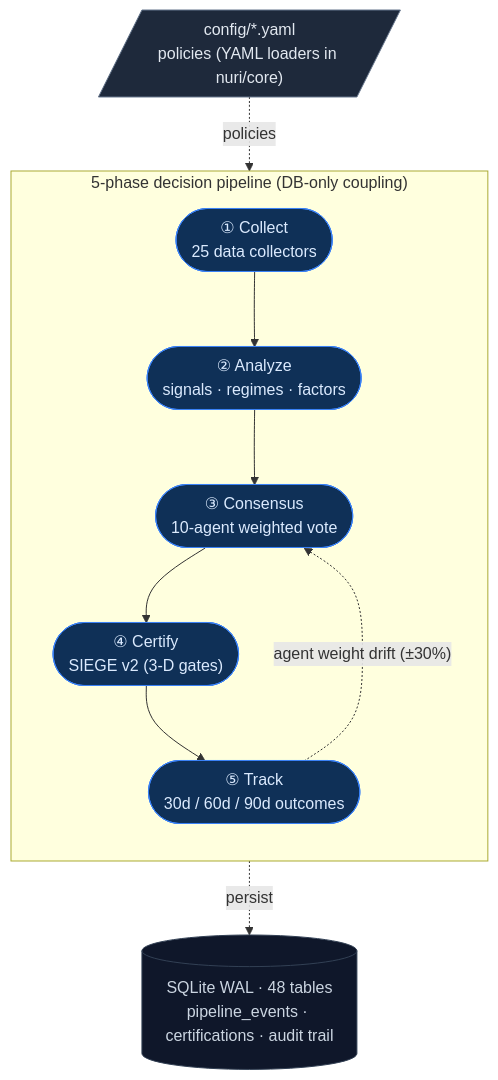
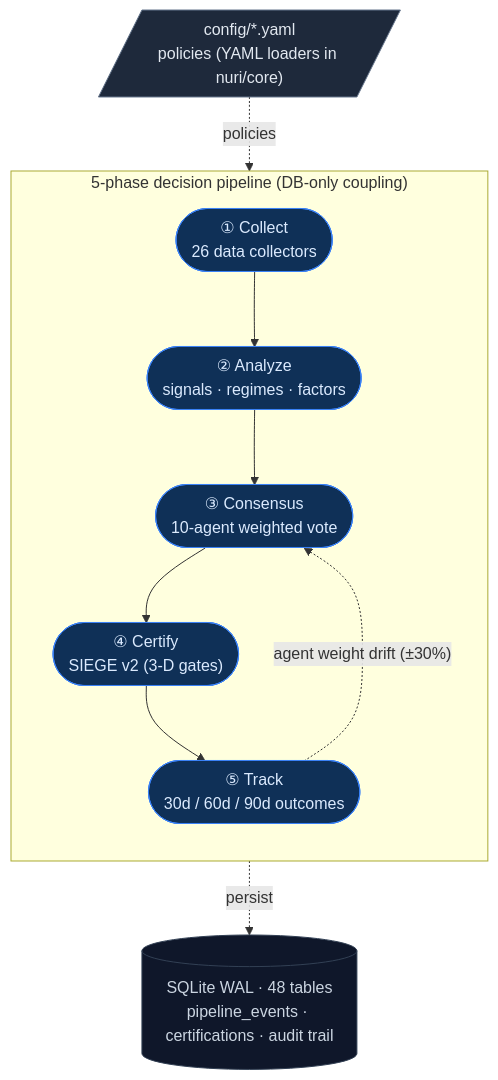
One commit to researcherhojin/nuri-quant changed the diagram in README.md. Above: the diagram before and after it, drawn with Mermaid. The commit also changed other lines of this file and 2 other files, not shown here.

````diff
--- a/README.md
+++ b/README.md
@@ -17,25 +17,25 @@
 ```mermaid
 flowchart TB
     CFG[/"config/*.yaml<br/>policies (YAML loaders in nuri/core)"/]:::source
 
     subgraph Pipeline["5-phase decision pipeline (DB-only coupling)"]
         direction TB
-        A(["① Collect<br/>25 data collectors"]):::pipe
+        A(["① Collect<br/>26 data collectors"]):::pipe
         B(["② Analyze<br/>signals · regimes · factors"]):::pipe
         C(["③ Consensus<br/>10-agent weighted vote"]):::pipe
         D(["④ Certify<br/>SIEGE v2 (3-D gates)"]):::pipe
         E(["⑤ Track<br/>30d / 60d / 90d outcomes"]):::pipe
 
         A --> B --> C --> D --> E
         E -. "agent weight drift (±30%)" .-> C
     end
 
     DB[("SQLite WAL · 48 tables<br/>pipeline_events · certifications · audit trail")]:::sink
 
     CFG -. policies .-> Pipeline
     Pipeline -. persist .-> DB
 
     classDef source fill:#1e293b,stroke:#64748b,color:#e2e8f0
     classDef pipe   fill:#0f3057,stroke:#3b82f6,color:#dbeafe
     classDef sink   fill:#0f172a,stroke:#334155,color:#cbd5e1
 ```
````
